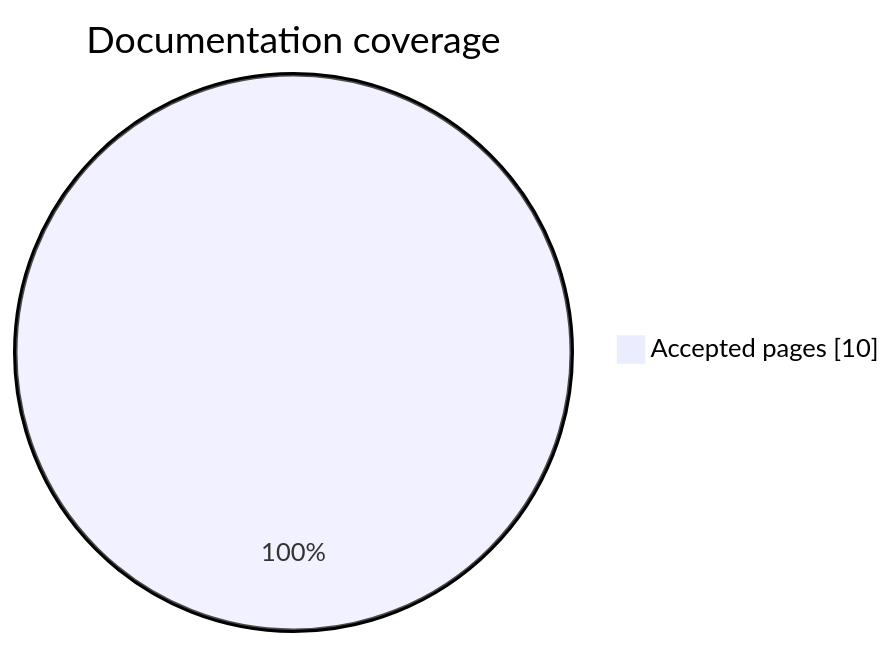
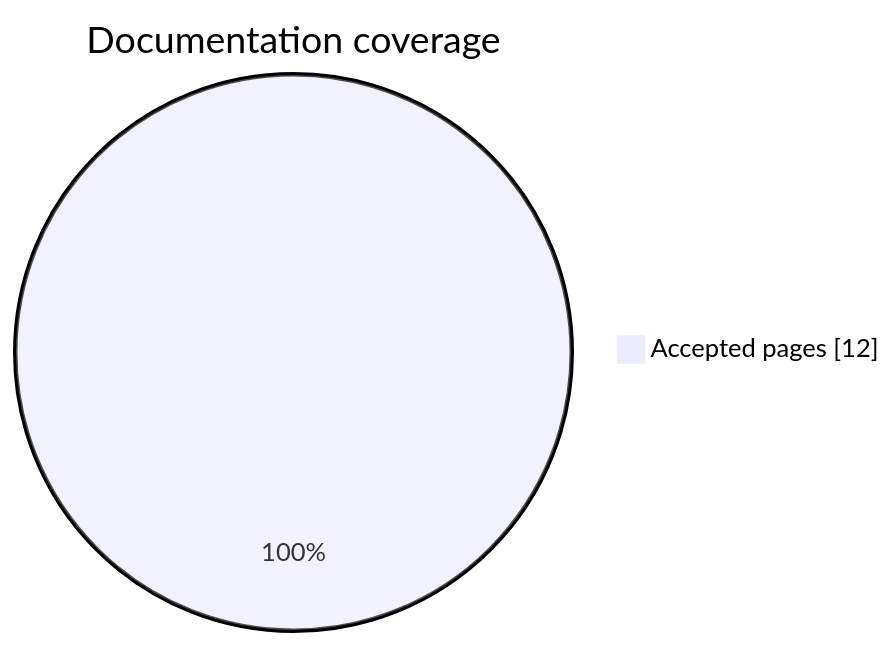
Before and after one commit to norandom/DocuHarnessX: the second of 9 diagrams in docs/index.md, drawn with Mermaid. The commit also changed other lines of this file and 5 other files, not shown here.

First line of the commit message:
fix(architect-narrative): home lede is the short path, not a question count

````diff
--- a/docs/index.md
+++ b/docs/index.md
@@ -62,5 +64,5 @@
 ```mermaid
 pie showData
  title Documentation coverage
- "Accepted pages" : 10
+ "Accepted pages" : 12
 ```
````
